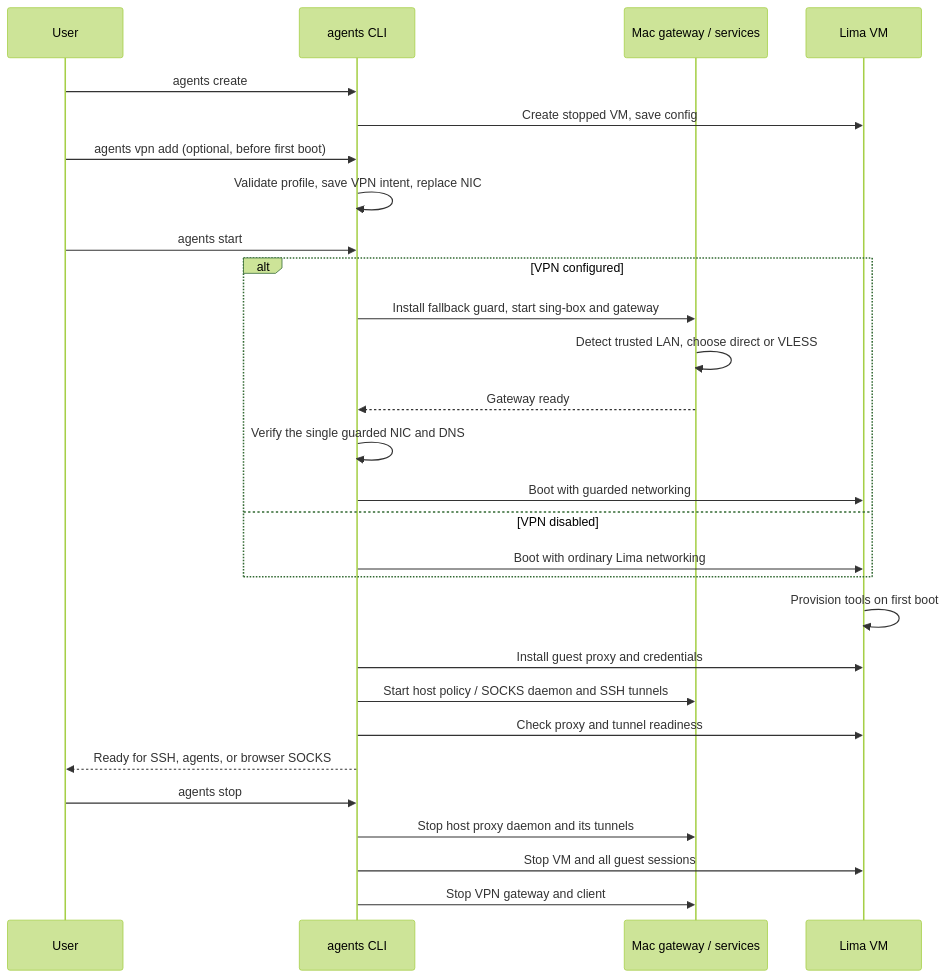
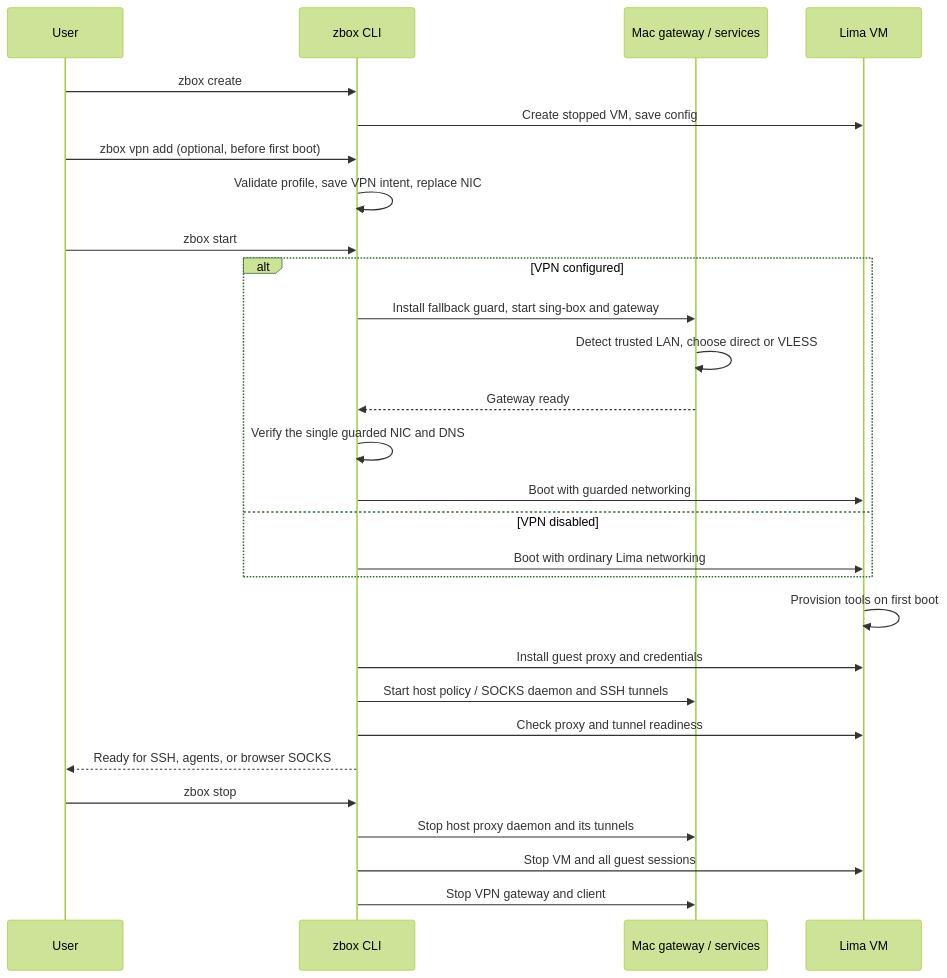
One commit to capitanbanana/zbox changed the diagram in docs/diagrams/startup.mmd. Above: the diagram before and after it, drawn with Mermaid (forest theme). The commit also changed 33 other files, not shown here.

Commit message:
Rename CLI and documentation to zbox

```diff
--- a/docs/diagrams/startup.mmd
+++ b/docs/diagrams/startup.mmd
@@ -1,30 +1,30 @@
 sequenceDiagram
   accTitle: VM startup and shutdown
   accDescr: The VPN gateway starts before the VM boots. Guest tools and the proxy are then provisioned, and host tunnels become ready.
   participant U as User
-  participant A as agents CLI
+  participant A as zbox CLI
   participant H as Mac gateway / services
   participant V as Lima VM
-  U->>A: agents create
+  U->>A: zbox create
   A->>V: Create stopped VM, save config
-  U->>A: agents vpn add (optional, before first boot)
+  U->>A: zbox vpn add (optional, before first boot)
   A->>A: Validate profile, save VPN intent, replace NIC
-  U->>A: agents start
+  U->>A: zbox start
   alt VPN configured
     A->>H: Install fallback guard, start sing-box and gateway
     H->>H: Detect trusted LAN, choose direct or VLESS
     H-->>A: Gateway ready
     A->>A: Verify the single guarded NIC and DNS
     A->>V: Boot with guarded networking
   else VPN disabled
     A->>V: Boot with ordinary Lima networking
   end
   V->>V: Provision tools on first boot
   A->>V: Install guest proxy and credentials
   A->>H: Start host policy / SOCKS daemon and SSH tunnels
   A->>V: Check proxy and tunnel readiness
   A-->>U: Ready for SSH, agents, or browser SOCKS
-  U->>A: agents stop
+  U->>A: zbox stop
   A->>H: Stop host proxy daemon and its tunnels
   A->>V: Stop VM and all guest sessions
   A->>H: Stop VPN gateway and client
```
